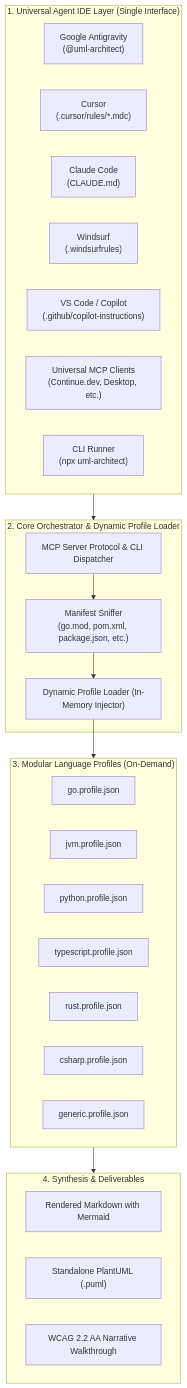
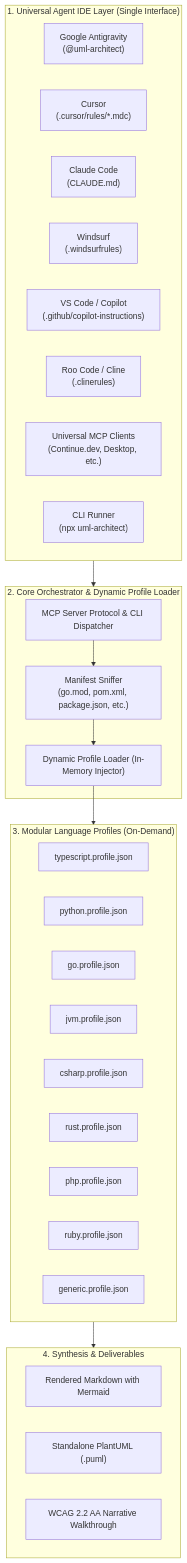
One commit to hanifalkauni/uml-architect changed the first of 3 diagrams in README.md. Above: the diagram before and after it, drawn with Mermaid. The commit also changed other lines of this file and 1 other file, not shown here.

````diff
--- a/README.md
+++ b/README.md
@@ -34,38 +37,41 @@
 ```mermaid
 graph TB
     subgraph ClientLayer ["1. Universal Agent IDE Layer (Single Interface)"]
         A1["Google Antigravity<br/>(@uml-architect)"]
         A2["Cursor<br/>(.cursor/rules/*.mdc)"]
         A3["Claude Code<br/>(CLAUDE.md)"]
         A4["Windsurf<br/>(.windsurfrules)"]
         A5["VS Code / Copilot<br/>(.github/copilot-instructions)"]
-        A6["Universal MCP Clients<br/>(Continue.dev, Desktop, etc.)"]
-        A7["CLI Runner<br/>(npx uml-architect)"]
+        A6["Roo Code / Cline<br/>(.clinerules)"]
+        A7["Universal MCP Clients<br/>(Continue.dev, Desktop, etc.)"]
+        A8["CLI Runner<br/>(npx uml-architect)"]
     end
 
     subgraph CoreEngine ["2. Core Orchestrator & Dynamic Profile Loader"]
         M1["MCP Server Protocol & CLI Dispatcher"]
         M2["Manifest Sniffer<br/>(go.mod, pom.xml, package.json, etc.)"]
         M3["Dynamic Profile Loader (In-Memory Injector)"]
     end
 
     subgraph ProfilesRegistry ["3. Modular Language Profiles (On-Demand)"]
-        P1["go.profile.json"]
-        P2["jvm.profile.json"]
-        P3["python.profile.json"]
-        P4["typescript.profile.json"]
-        P5["rust.profile.json"]
-        P6["csharp.profile.json"]
-        P7["generic.profile.json"]
+        P1["typescript.profile.json"]
+        P2["python.profile.json"]
+        P3["go.profile.json"]
+        P4["jvm.profile.json"]
+        P5["csharp.profile.json"]
+        P6["rust.profile.json"]
+        P7["php.profile.json"]
+        P8["ruby.profile.json"]
+        P9["generic.profile.json"]
     end
 
     subgraph OutputLayer ["4. Synthesis & Deliverables"]
         O1["Rendered Markdown with Mermaid"]
         O2["Standalone PlantUML (.puml)"]
         O3["WCAG 2.2 AA Narrative Walkthrough"]
     end
 
     ClientLayer --> CoreEngine
     M1 --> M2 --> M3 --> ProfilesRegistry
     ProfilesRegistry --> OutputLayer
 ```
````
